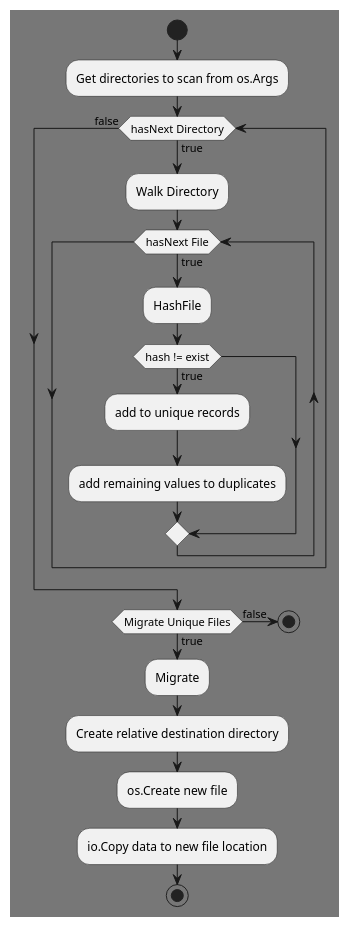
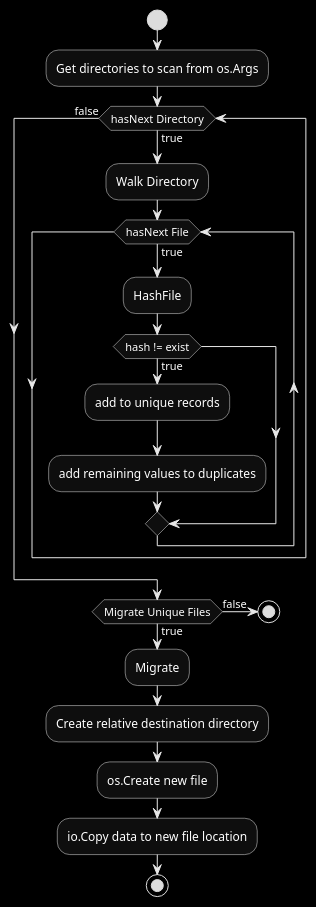
The diagram in docs/algorithm.puml (james-cathcart/file-consolidator), drawn with PlantUML before and after one commit. The commit also changed 3 other files, not shown here.

Commit message:
changed diagrams to dark mode

```diff
--- a/docs/algorithm.puml
+++ b/docs/algorithm.puml
@@ -1,24 +1,24 @@
 @startuml
-skinparam backgroundColor #777777
+skinparam monochrome reverse
 
 start
 :Get directories to scan from os.Args;
 while (hasNext Directory) is (true)
     :Walk Directory;
     while (hasNext File) is (true)
         :HashFile;
         if (hash != exist) then (true)
             :add to unique records;
             :add remaining values to duplicates;
         endif
     endwhile
 endwhile (false)
 if (Migrate Unique Files) then (true)
     :Migrate;
     :Create relative destination directory;
     :os.Create new file;
     :io.Copy data to new file location;
     stop
 else (false)
     stop
 @enduml
```
